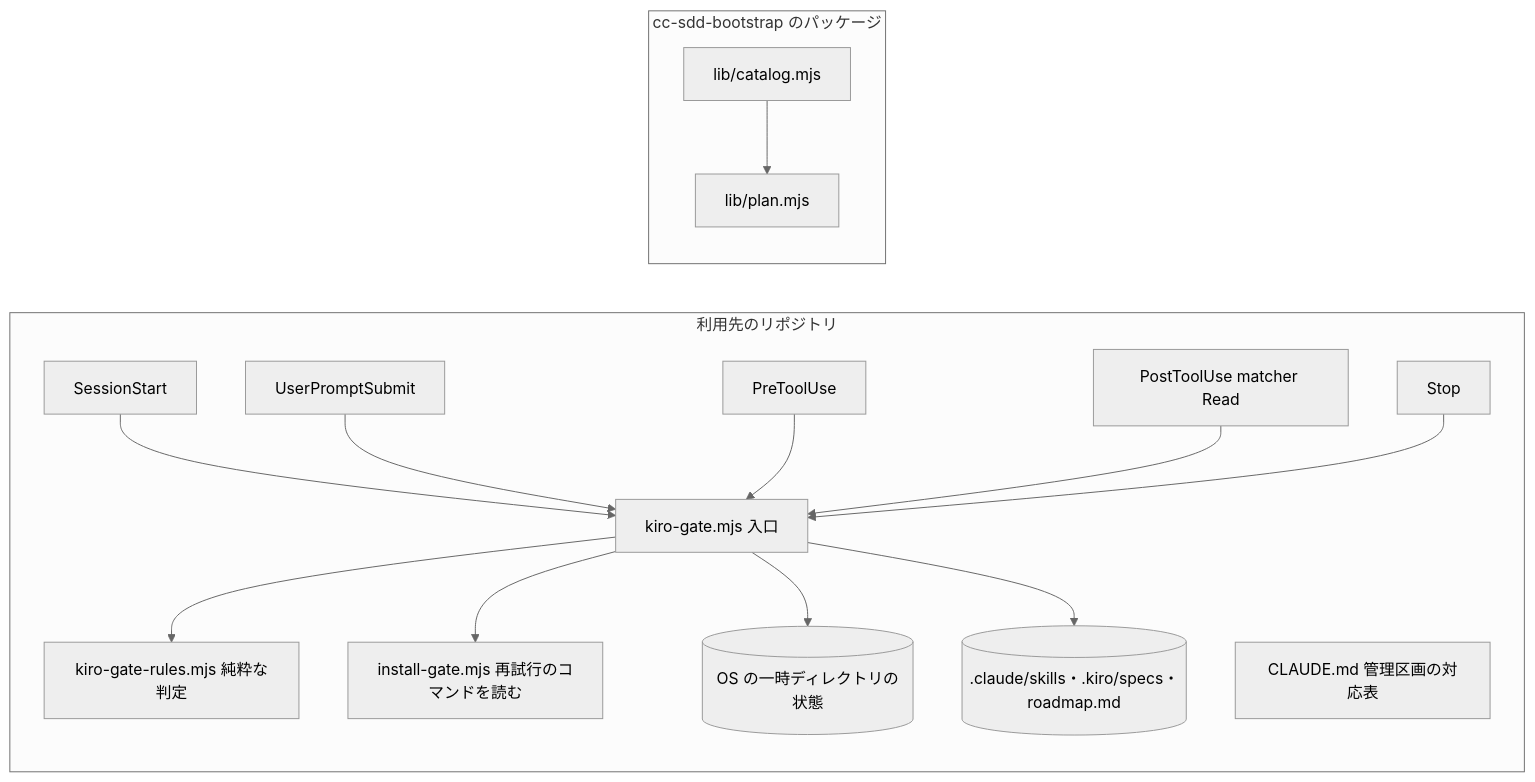
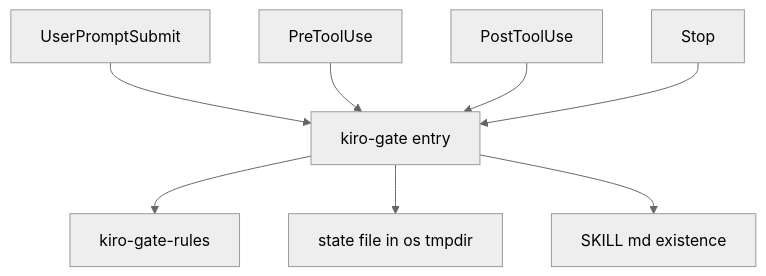
The first of 2 diagrams in .kiro/specs/kiro-gate/design.md (nekono-dev/cc-sdd-bootstrap), drawn with Mermaid (neutral theme) before and after one commit. The commit also changed other lines of this file and 2 other files, not shown here.

Commit message:
kiro-gate: 単純化後の要件に合わせて設計を書き直す

````diff
--- a/.kiro/specs/kiro-gate/design.md
+++ b/.kiro/specs/kiro-gate/design.md
@@ -54,18 +48,10 @@
 ```mermaid
-graph LR
-  subgraph 利用先のリポジトリ
-    SS[SessionStart] --> Entry[kiro-gate.mjs 入口]
-    UPS[UserPromptSubmit] --> Entry
-    PRE[PreToolUse] --> Entry
-    POST[PostToolUse matcher Read] --> Entry
-    STOP[Stop] --> Entry
-    Entry --> Rules[kiro-gate-rules.mjs 純粋な判定]
-    Entry --> IG[install-gate.mjs 再試行のコマンドを読む]
-    Entry --> State[(OS の一時ディレクトリの状態)]
-    Entry --> Files[(.claude/skills・.kiro/specs・roadmap.md)]
-    Claude[CLAUDE.md 管理区画の対応表]
-  end
-  subgraph cc-sdd-bootstrap のパッケージ
-    Catalog[lib/catalog.mjs] --> Plan[lib/plan.mjs]
-  end
+graph TB
+    Prompt[UserPromptSubmit] --> Gate[kiro-gate entry]
+    Pre[PreToolUse] --> Gate
+    Post[PostToolUse] --> Gate
+    Stop[Stop] --> Gate
+    Gate --> Rules[kiro-gate-rules]
+    Gate --> State[state file in os tmpdir]
+    Gate --> Skill[SKILL md existence]
 ```
````
